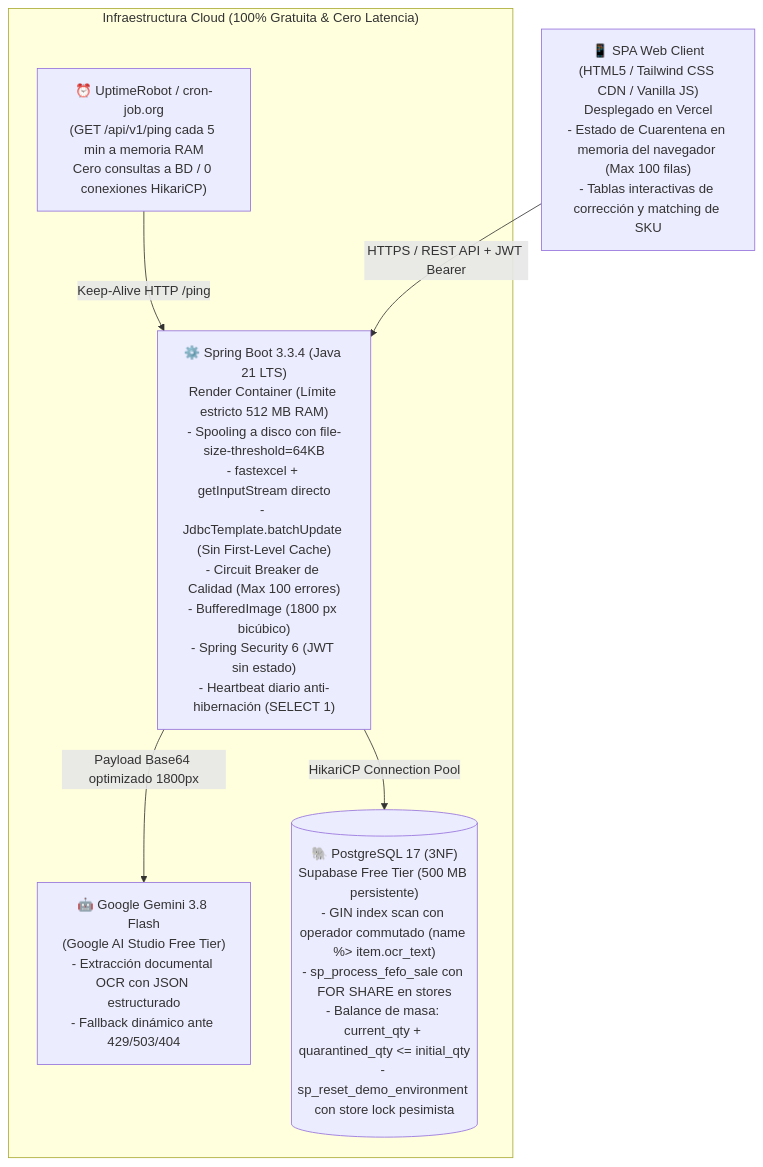
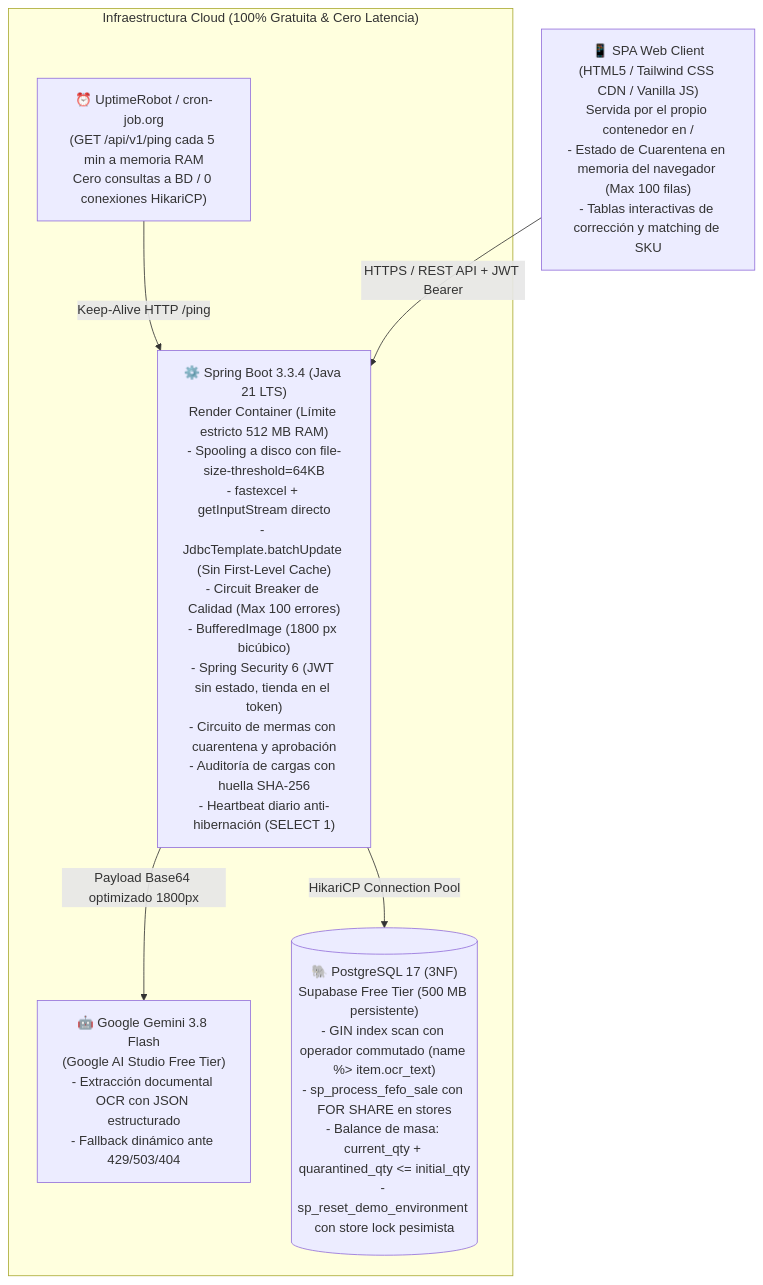
One commit to MrOdar/kardo changed the first of 2 diagrams in docs/ARCHITECTURE_SPEC.md. Above: the diagram before and after it, drawn with Mermaid. The commit also changed other lines of this file and 2 other files, not shown here.

````diff
--- a/docs/ARCHITECTURE_SPEC.md
+++ b/docs/ARCHITECTURE_SPEC.md
@@ -16,19 +16,19 @@
 ```mermaid
 flowchart TD
-    Client["📱 SPA Web Client\n(HTML5 / Tailwind CSS CDN / Vanilla JS)\nDesplegado en Vercel\n- Estado de Cuarentena en memoria del navegador (Max 100 filas)\n- Tablas interactivas de corrección y matching de SKU"]
+    Client["📱 SPA Web Client\n(HTML5 / Tailwind CSS CDN / Vanilla JS)\nServida por el propio contenedor en /\n- Estado de Cuarentena en memoria del navegador (Max 100 filas)\n- Tablas interactivas de corrección y matching de SKU"]
     
     subgraph Cloud_Free_Tier ["Infraestructura Cloud (100% Gratuita & Cero Latencia)"]
         UptimeMonitor["⏰ UptimeRobot / cron-job.org\n(GET /api/v1/ping cada 5 min a memoria RAM\nCero consultas a BD / 0 conexiones HikariCP)"]
         
-        Backend["⚙️ Spring Boot 3.3.4 (Java 21 LTS)\nRender Container (Límite estricto 512 MB RAM)\n- Spooling a disco con file-size-threshold=64KB\n- fastexcel + getInputStream directo\n- JdbcTemplate.batchUpdate (Sin First-Level Cache)\n- Circuit Breaker de Calidad (Max 100 errores)\n- BufferedImage (1800 px bicúbico)\n- Spring Security 6 (JWT sin estado)\n- Heartbeat diario anti-hibernación (SELECT 1)"]
+        Backend["⚙️ Spring Boot 3.3.4 (Java 21 LTS)\nRender Container (Límite estricto 512 MB RAM)\n- Spooling a disco con file-size-threshold=64KB\n- fastexcel + getInputStream directo\n- JdbcTemplate.batchUpdate (Sin First-Level Cache)\n- Circuit Breaker de Calidad (Max 100 errores)\n- BufferedImage (1800 px bicúbico)\n- Spring Security 6 (JWT sin estado, tienda en el token)\n- Circuito de mermas con cuarentena y aprobación\n- Auditoría de cargas con huella SHA-256\n- Heartbeat diario anti-hibernación (SELECT 1)"]
         
         Gemini["🤖 Google Gemini 3.8 Flash\n(Google AI Studio Free Tier)\n- Extracción documental OCR con JSON estructurado\n- Fallback dinámico ante 429/503/404"]
         
         DB[("🐘 PostgreSQL 17 (3NF)\nSupabase Free Tier (500 MB persistente)\n- GIN index scan con operador commutado (name %> item.ocr_text)\n- sp_process_fefo_sale con FOR SHARE en stores\n- Balance de masa: current_qty + quarantined_qty <= initial_qty\n- sp_reset_demo_environment con store lock pesimista")]
     end
 
     UptimeMonitor -->|Keep-Alive HTTP /ping| Backend
     Client -->|HTTPS / REST API + JWT Bearer| Backend
     Backend -->|Payload Base64 optimizado 1800px| Gemini
     Backend -->|HikariCP Connection Pool| DB
 ```
````
